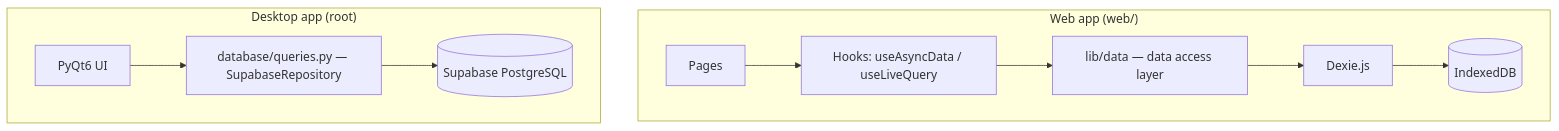
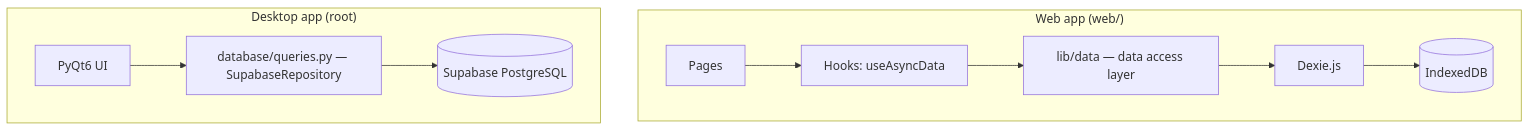
The diagram in README.md (Mohamed-Sll/DevFlow), drawn with Mermaid before and after one commit. The commit also changed other lines of this file and 1 other file, not shown here.

````diff
--- a/README.md
+++ b/README.md
@@ -67,14 +73,14 @@
 ```mermaid
 graph TD
     subgraph Web["Web app (web/)"]
-        A[Pages] --> B[Hooks: useAsyncData / useLiveQuery]
+        A[Pages] --> B[Hooks: useAsyncData]
         B --> C[lib/data — data access layer]
         C --> D[Dexie.js]
         D --> E[(IndexedDB)]
     end
 
     subgraph Desktop["Desktop app (root)"]
         F[PyQt6 UI] --> G[database/queries.py — SupabaseRepository]
         G --> H[(Supabase PostgreSQL)]
     end
 ```
````
